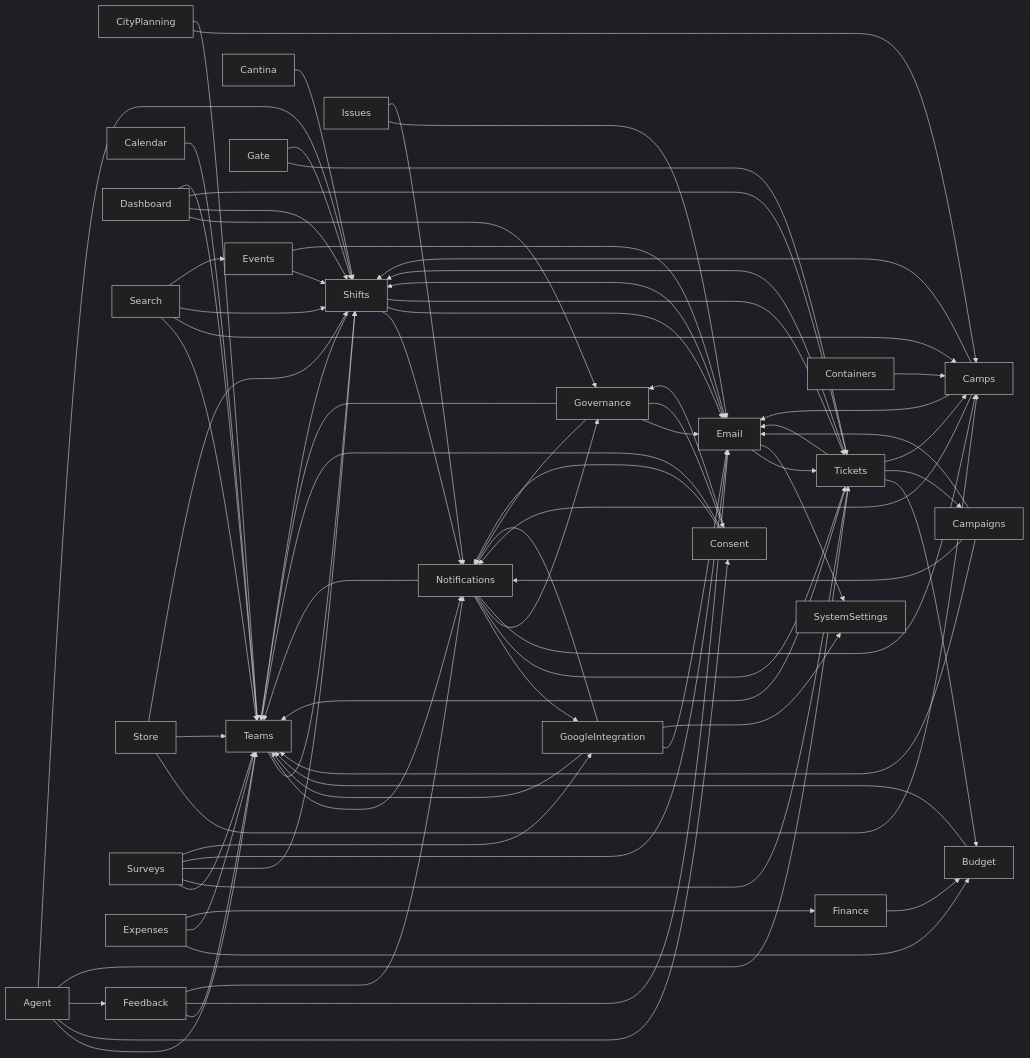
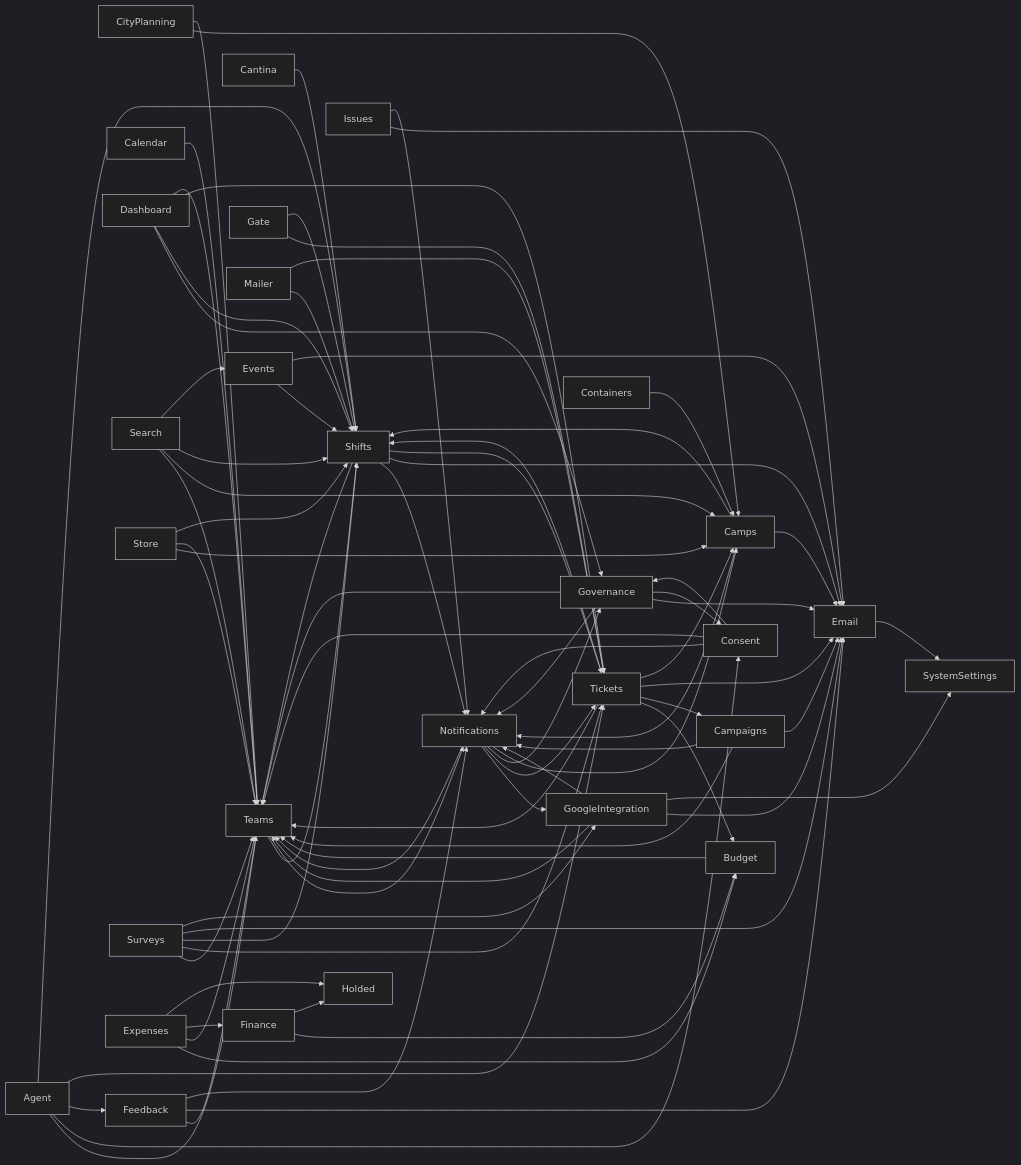
Before and after one commit to peterdrier/Humans: the diagram in docs/plans/2026-08-03-section-dependency-dag.md, drawn with Mermaid (dark theme). The commit also changed other lines of this file and 6 other files, not shown here.

```diff
--- a/docs/plans/2026-08-03-section-dependency-dag.md
+++ b/docs/plans/2026-08-03-section-dependency-dag.md
@@ -111,6 +126,8 @@
     EX[Expenses]
     CT[Containers]
     EM[Email]
+    ML[Mailer]
+    HD[Holded]
     AG[Agent]
 
     TM --> SH
@@ -179,9 +196,11 @@
     EX --> BD
     EX --> TM
     EX --> FN
+    EX --> HD
+    FN --> HD
     CT --> CP
-    EM --> SH
-    EM --> TK
+    ML --> SH
+    ML --> TK
     EV --> SH
     EV --> EM
     AG --> TM
```
